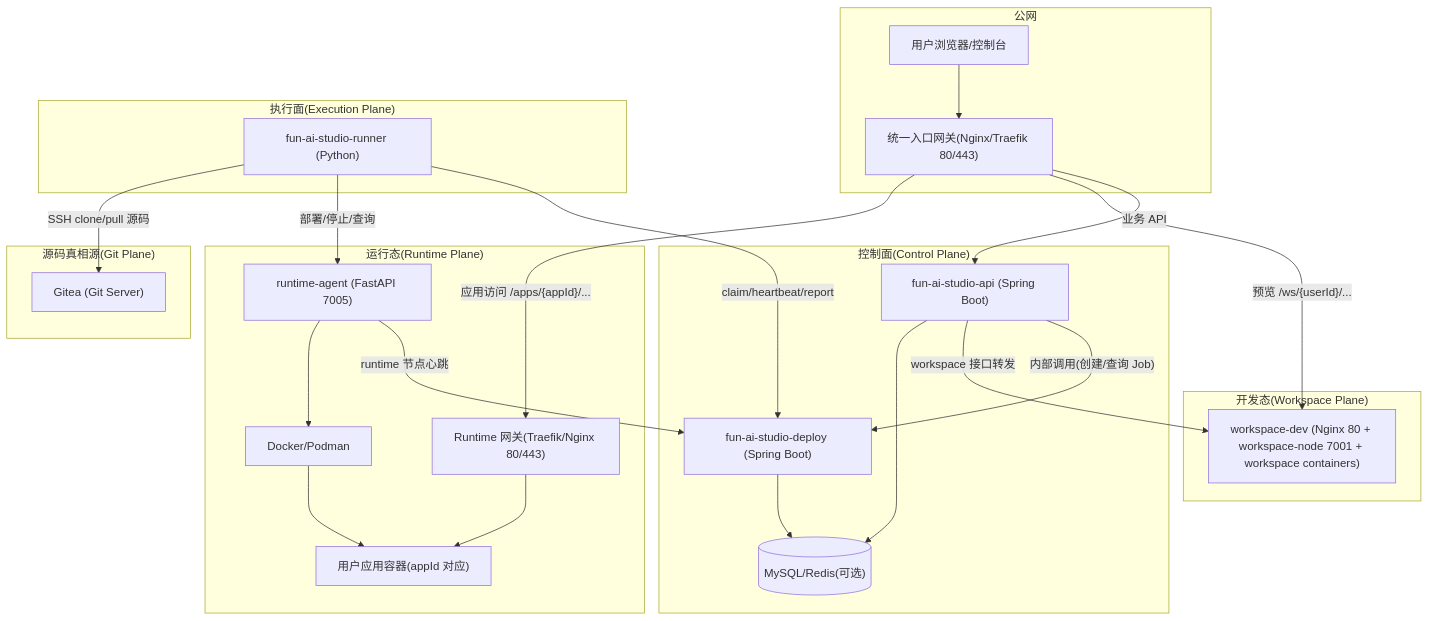
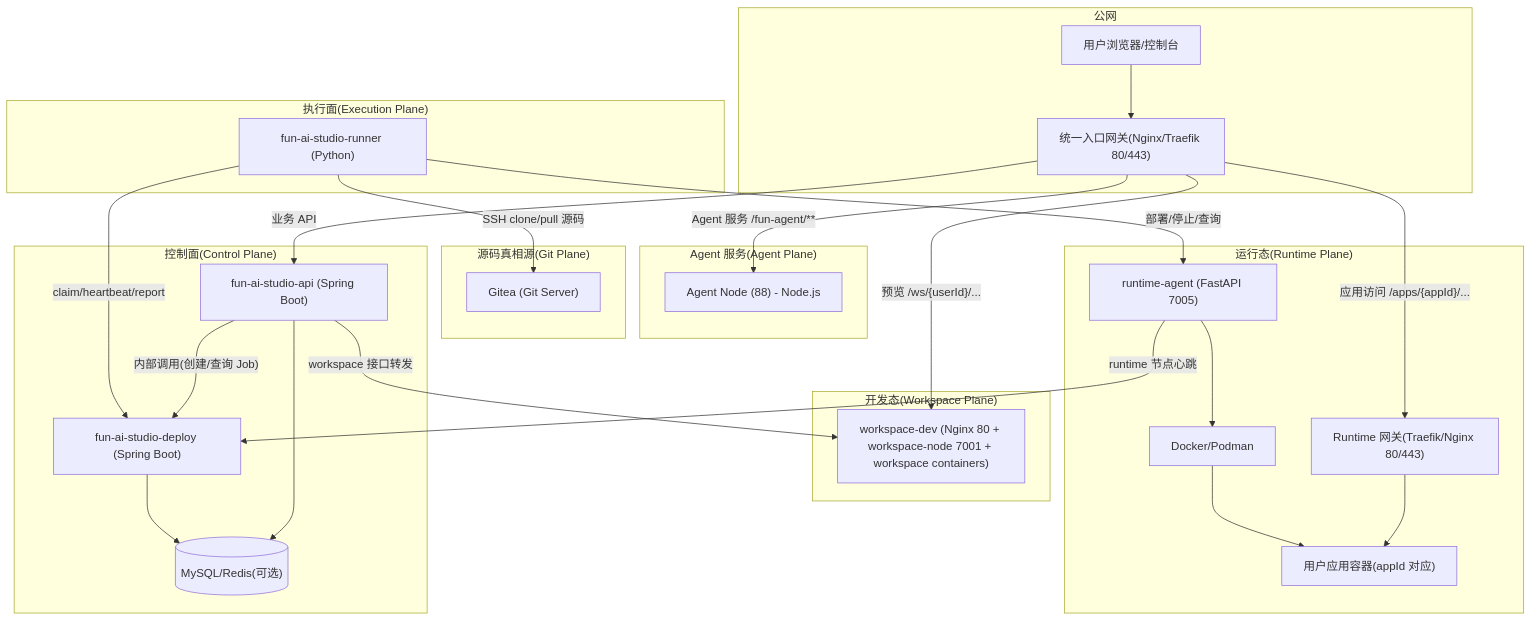
The first of 3 diagrams in src/main/resources/doc/domains/deploy/architecture.md (ruiAndroid/fun-ai-studio-api), drawn with Mermaid before and after one commit. The commit also changed other lines of this file and 1 other file, not shown here.

Commit message:
完善系统架构图

````diff
--- a/src/main/resources/doc/domains/deploy/architecture.md
+++ b/src/main/resources/doc/domains/deploy/architecture.md
@@ -21,50 +21,55 @@
 ```mermaid
 flowchart TD
   subgraph Public["公网"]
     Browser["用户浏览器/控制台"]
     Gateway["统一入口网关(Nginx/Traefik 80/443)"]
   end
 
   subgraph ControlPlane["控制面(Control Plane)"]
     API["fun-ai-studio-api (Spring Boot)"]
     Deploy["fun-ai-studio-deploy (Spring Boot)"]
     DB[("MySQL/Redis(可选)")]
+  end
+
+  subgraph AgentPlane["Agent 服务(Agent Plane)"]
+    AgentNode["Agent Node (88) - Node.js"]
   end
 
   subgraph GitPlane["源码真相源(Git Plane)"]
     Git["Gitea (Git Server)"]
   end
 
   subgraph WorkspacePlane["开发态(Workspace Plane)"]
     WSDev["workspace-dev (Nginx 80 + workspace-node 7001 + workspace containers)"]
   end
 
   subgraph ExecPlane["执行面(Execution Plane)"]
     Runner["fun-ai-studio-runner (Python)"]
   end
 
   subgraph RuntimePlane["运行态(Runtime Plane)"]
     RTGW["Runtime 网关(Traefik/Nginx 80/443)"]
     Agent["runtime-agent (FastAPI 7005)"]
     Docker["Docker/Podman"]
     AppCtn["用户应用容器(appId 对应)"]
   end
 
   Browser --> Gateway
   Gateway -->|"业务 API"| API
+  Gateway -->|"Agent 服务 /fun-agent/**"| AgentNode
   Gateway -->|"预览 /ws/{userId}/..."| WSDev
   Gateway -->|"应用访问 /apps/{appId}/..."| RTGW
 
   API -->|"内部调用(创建/查询 Job)"| Deploy
   API -->|"workspace 接口转发"| WSDev
   Runner -->|"claim/heartbeat/report"| Deploy
   Agent -->|"runtime 节点心跳"| Deploy
   Runner -->|"部署/停止/查询"| Agent
   Runner -->|"SSH clone/pull 源码"| Git
 
   API --> DB
   Deploy --> DB
   RTGW --> AppCtn
   Agent --> Docker
   Docker --> AppCtn
 ```
````
